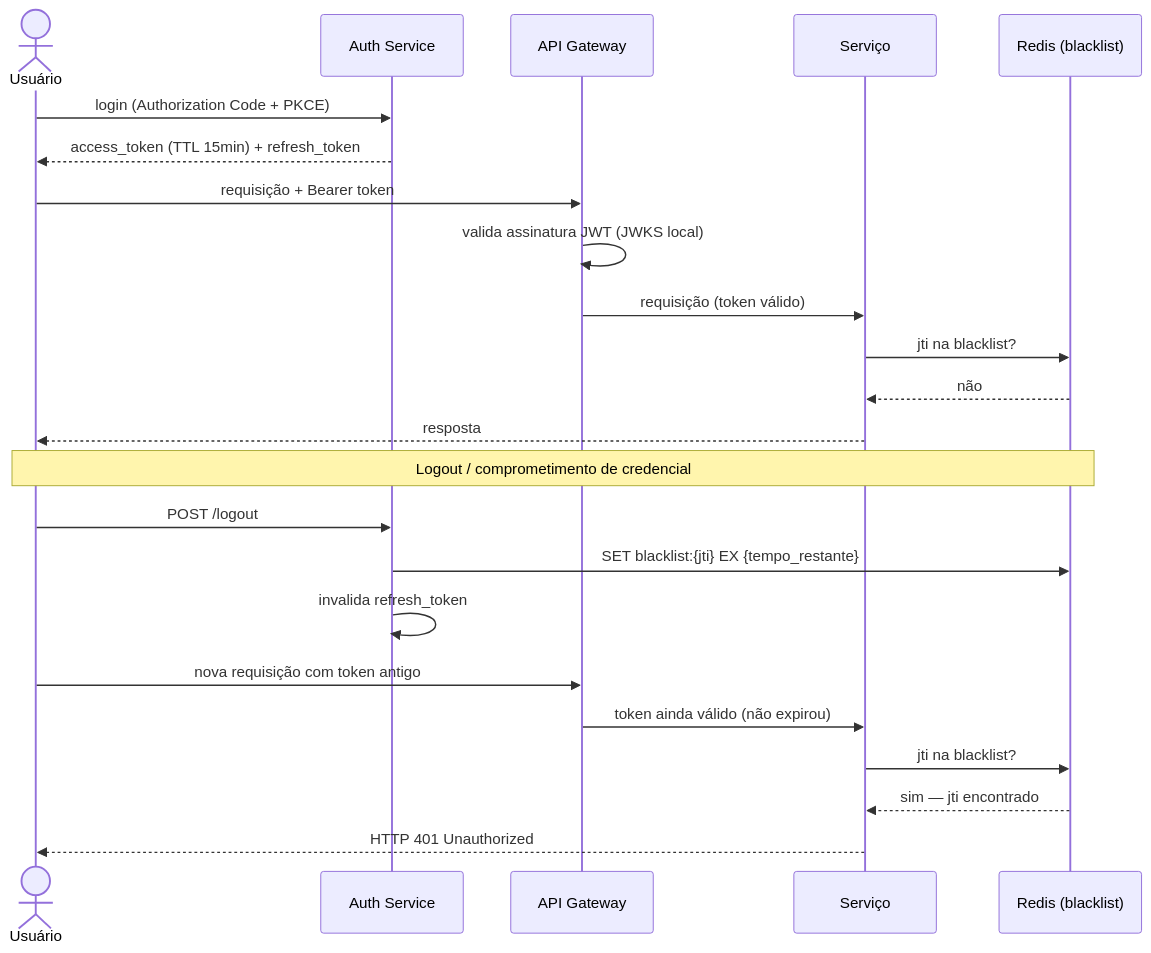
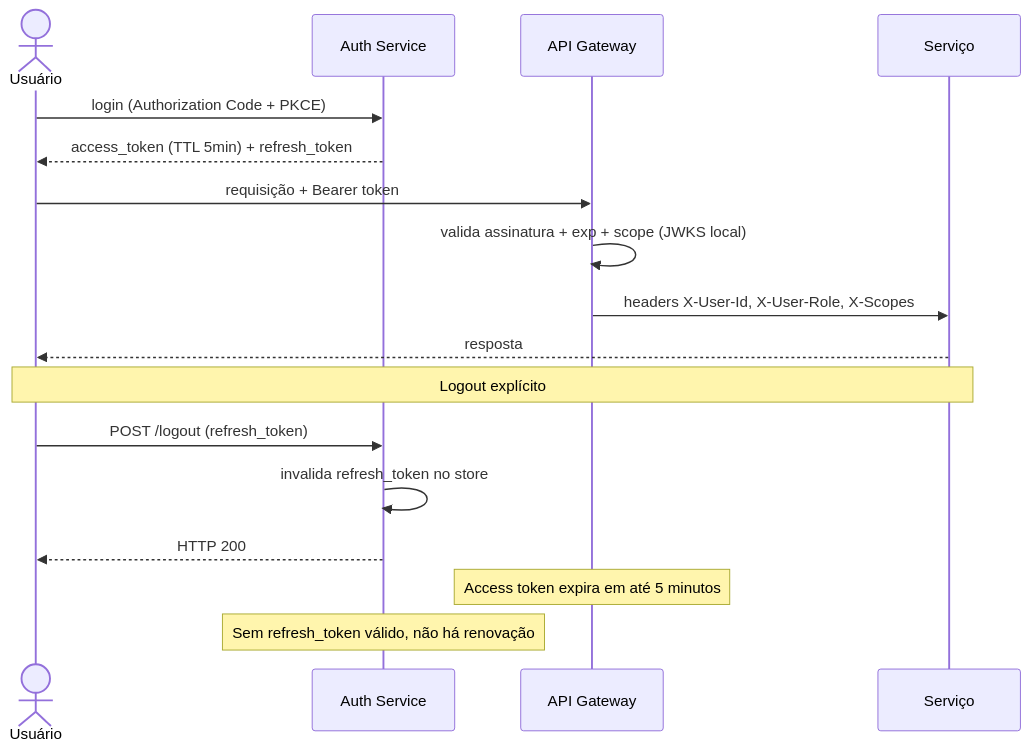
The third of 3 diagrams in docs/seguranca/index.md (gsperim/account-engine-lab), drawn with Mermaid before and after one commit. The commit also changed other lines of this file and 2 other files, not shown here.

Commit message:
docs(seguranca): ADR-013 — revogacao por TTL curto + refresh rotation, sem blacklist Redis
- ADR-013: documenta decisao de nao implementar blacklist Redis; avalia e descarta
  3 alternativas (blacklist no servico, Lambda Authorizer, token opaco); registra
  janela de 5min como trade-off aceito para o perfil de risco do sistema
- seguranca/index.md: clarifica que servico nao valida JWT — gateway e o unico
  ponto de validacao criptografica; remove diagrama de blacklist Redis; atualiza
  fluxo de ciclo de vida do token para TTL 5min + refresh rotation
- adr/index.md: adiciona secao Decisoes de Seguranca com ADR-013

````diff
--- a/docs/seguranca/index.md
+++ b/docs/seguranca/index.md
@@ -155,30 +168,24 @@
 ```mermaid
 sequenceDiagram
     actor U as Usuário
     participant A as Auth Service
     participant GW as API Gateway
     participant S as Serviço
-    participant R as Redis (blacklist)
 
     U->>A: login (Authorization Code + PKCE)
-    A-->>U: access_token (TTL 15min) + refresh_token
+    A-->>U: access_token (TTL 5min) + refresh_token
 
     U->>GW: requisição + Bearer token
-    GW->>GW: valida assinatura JWT (JWKS local)
-    GW->>S: requisição (token válido)
-    S->>R: jti na blacklist?
-    R-->>S: não
+    GW->>GW: valida assinatura + exp + scope (JWKS local)
+    GW->>S: headers X-User-Id, X-User-Role, X-Scopes
     S-->>U: resposta
 
-    note over U,R: Logout / comprometimento de credencial
+    note over U,S: Logout explícito
 
-    U->>A: POST /logout
-    A->>R: SET blacklist:{jti} EX {tempo_restante}
-    A->>A: invalida refresh_token
+    U->>A: POST /logout (refresh_token)
+    A->>A: invalida refresh_token no store
+    A-->>U: HTTP 200
 
-    U->>GW: nova requisição com token antigo
-    GW->>S: token ainda válido (não expirou)
-    S->>R: jti na blacklist?
-    R-->>S: sim — jti encontrado
-    S-->>U: HTTP 401 Unauthorized
+    note over GW: Access token expira em até 5 minutos
+    note over A: Sem refresh_token válido, não há renovação
 ```
````
